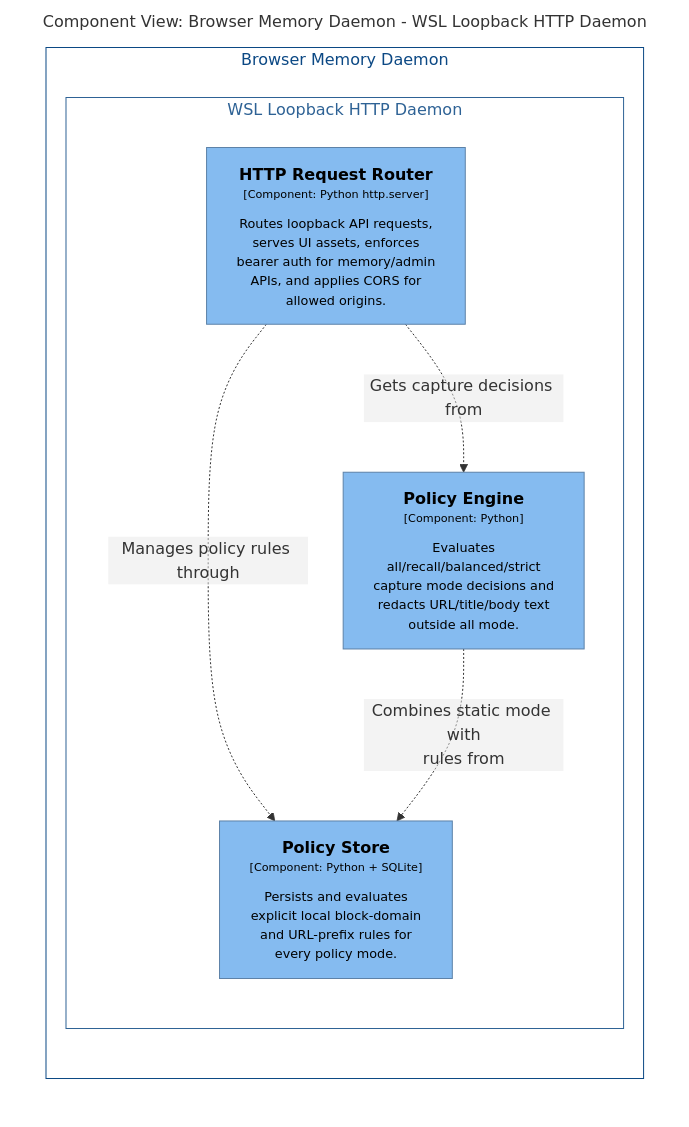
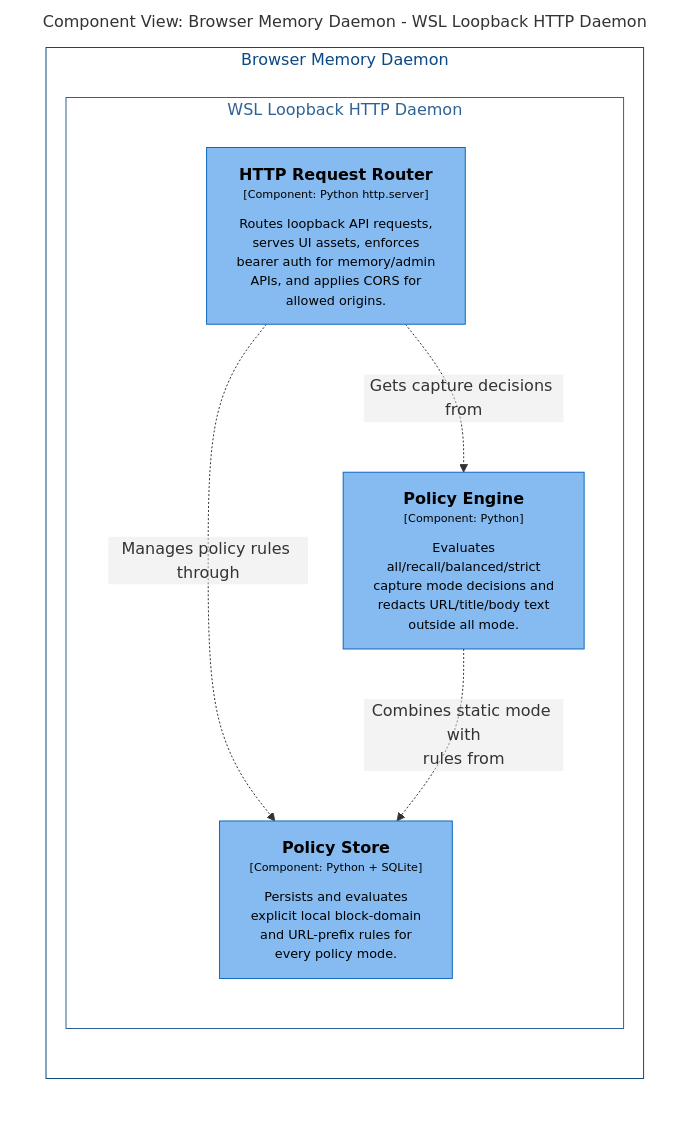
The diagram in docs/architecture/diagrams/markdown/DaemonPolicyComponents.md (michaelnicks0/browser-memory-daemon), drawn with Mermaid before and after one commit. The commit also changed 110 other files, not shown here.

````diff
--- a/docs/architecture/diagrams/markdown/DaemonPolicyComponents.md
+++ b/docs/architecture/diagrams/markdown/DaemonPolicyComponents.md
@@ -16,29 +16,29 @@
 ```mermaid
 graph LR
   linkStyle default fill:#ffffff
 
   subgraph diagram ["Component View: Browser Memory Daemon - WSL Loopback HTTP Daemon"]
     style diagram fill:#ffffff,stroke:#ffffff
 
     subgraph 4 ["Browser Memory Daemon"]
       style 4 fill:#ffffff,stroke:#0b4884,color:#0b4884
 
       subgraph 14 ["WSL Loopback HTTP Daemon"]
         style 14 fill:#ffffff,stroke:#2e6295,color:#2e6295
 
         15["<div style='font-weight: bold'>HTTP Request Router</div><div style='font-size: 70%; margin-top: 0px'>[Component: Python http.server]</div><div style='font-size: 80%; margin-top:10px'>Routes loopback API requests,<br />serves UI assets, enforces<br />bearer auth for memory/admin<br />APIs, and applies CORS for<br />allowed origins.</div>"]
-        style 15 fill:#85bbf0,stroke:#5d82a8,color:#000000
+        style 15 fill:#85bbf0,stroke:#1168bd,color:#000000
         16["<div style='font-weight: bold'>Policy Engine</div><div style='font-size: 70%; margin-top: 0px'>[Component: Python]</div><div style='font-size: 80%; margin-top:10px'>Evaluates<br />all/recall/balanced/strict<br />capture mode decisions and<br />redacts URL/title/body text<br />outside all mode.</div>"]
-        style 16 fill:#85bbf0,stroke:#5d82a8,color:#000000
+        style 16 fill:#85bbf0,stroke:#1168bd,color:#000000
         17["<div style='font-weight: bold'>Policy Store</div><div style='font-size: 70%; margin-top: 0px'>[Component: Python + SQLite]</div><div style='font-size: 80%; margin-top:10px'>Persists and evaluates<br />explicit local block-domain<br />and URL-prefix rules for<br />every policy mode.</div>"]
-        style 17 fill:#85bbf0,stroke:#5d82a8,color:#000000
+        style 17 fill:#85bbf0,stroke:#1168bd,color:#000000
       end
 
     end
 
     15-. "<div>Gets capture decisions from</div><div style='font-size: 70%'></div>" .->16
     15-. "<div>Manages policy rules through</div><div style='font-size: 70%'></div>" .->17
     16-. "<div>Combines static mode with<br />rules from</div><div style='font-size: 70%'></div>" .->17
 
   end
 ```
````
